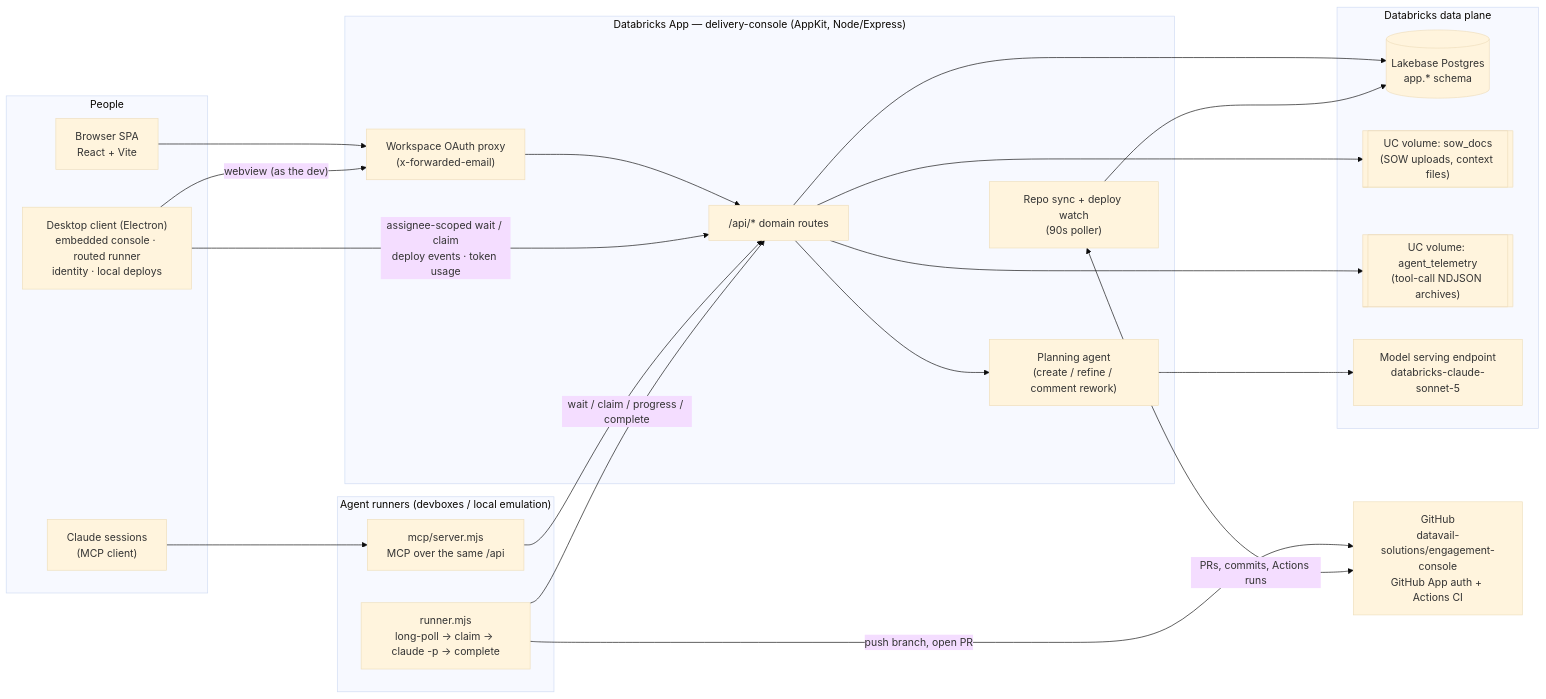
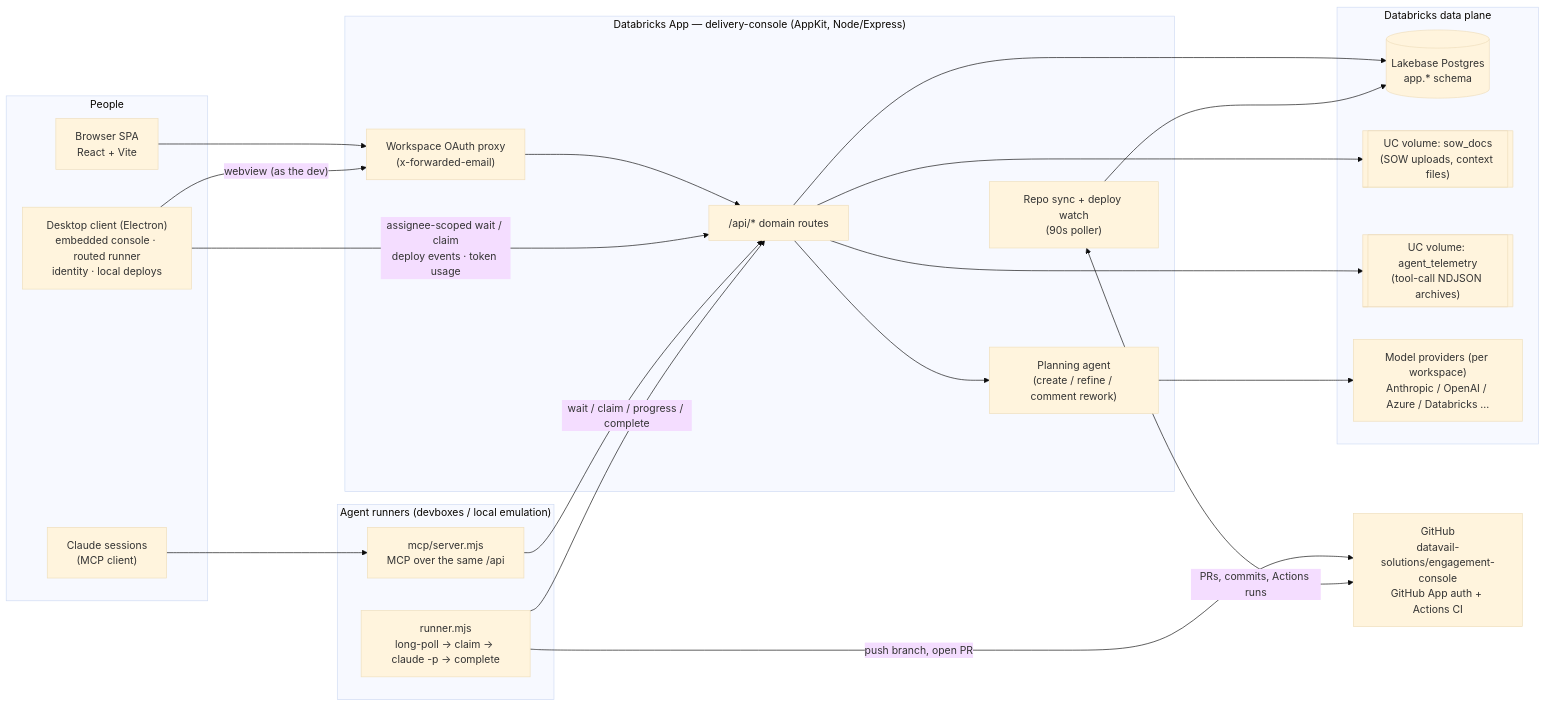
One commit to nsdallenbach/cometloop changed the first of 2 diagrams in docs/architecture.md. Above: the diagram before and after it, drawn with Mermaid (base theme). The commit also changed other lines of this file and 54 other files, not shown here.

First line of the commit message:
Phase 3: bring-your-own model providers per workspace

````diff
--- a/docs/architecture.md
+++ b/docs/architecture.md
@@ -16,43 +16,43 @@
 ```mermaid
 flowchart LR
     subgraph clients["People"]
         browser["Browser SPA\nReact + Vite"]
         desktop["Desktop client (Electron)\nembedded console · routed runner\nidentity · local deploys"]
         mobile["Claude sessions\n(MCP client)"]
     end
 
     subgraph app["Databricks App — delivery-console (AppKit, Node/Express)"]
         proxy["Workspace OAuth proxy\n(x-forwarded-email)"]
         apiRoutes["/api/* domain routes"]
         planning["Planning agent\n(create / refine / comment rework)"]
         deploywatch["Repo sync + deploy watch\n(90s poller)"]
     end
 
     subgraph data["Databricks data plane"]
         lakebase[("Lakebase Postgres\napp.* schema")]
         sow[["UC volume: sow_docs\n(SOW uploads, context files)"]]
         telemetry[["UC volume: agent_telemetry\n(tool-call NDJSON archives)"]]
-        servingep["Model serving endpoint\ndatabricks-claude-sonnet-5"]
+        servingep["Model providers (per workspace)\nAnthropic / OpenAI / Azure / Databricks …"]
     end
 
     subgraph agents["Agent runners (devboxes / local emulation)"]
         runner["runner.mjs\nlong-poll → claim → claude -p → complete"]
         mcp["mcp/server.mjs\nMCP over the same /api"]
     end
 
     github["GitHub\ndatavail-solutions/engagement-console\nGitHub App auth + Actions CI"]
 
     browser --> proxy --> apiRoutes
     desktop -->|"webview (as the dev)"| proxy
     desktop -->|"assignee-scoped wait / claim\ndeploy events · token usage"| apiRoutes
     mobile --> mcp --> apiRoutes
     apiRoutes --> lakebase
     apiRoutes --> sow
     apiRoutes --> telemetry
     planning --> servingep
     apiRoutes --> planning
     runner -->|"wait / claim / progress / complete"| apiRoutes
     runner -->|"push branch, open PR"| github
     deploywatch <-->|"PRs, commits, Actions runs"| github
     deploywatch --> lakebase
 ```
````
